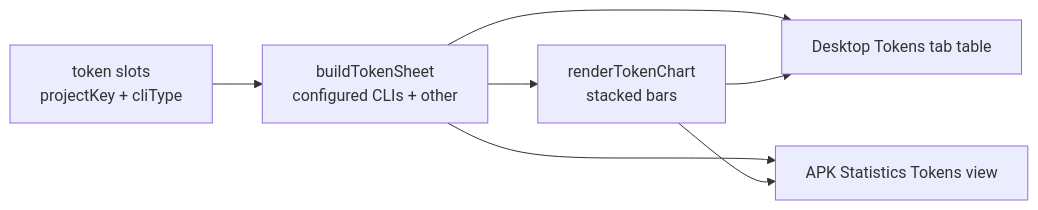
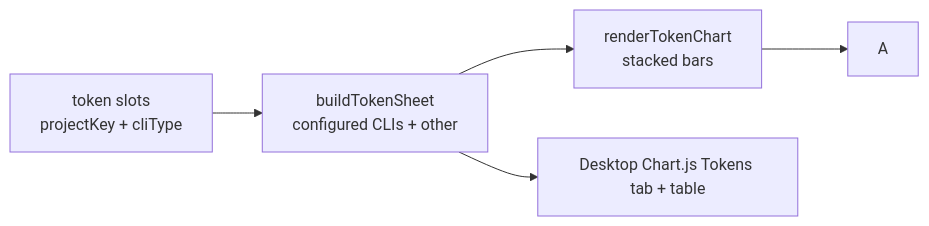
One commit to PetePeter/helm changed the third of 3 diagrams in docs/time-tracking.md. Above: the diagram before and after it, drawn with Mermaid. The commit also changed other lines of this file and 12 other files, not shown here.

Commit message:
feat(stats): render desktop statistics with Chart.js

````diff
--- a/docs/time-tracking.md
+++ b/docs/time-tracking.md
@@ -77,9 +78,7 @@
 ```mermaid
 flowchart LR
   S[token slots<br/>projectKey + cliType] --> B[buildTokenSheet<br/>configured CLIs + other]
   B --> C[renderTokenChart<br/>stacked bars]
-  B --> T[Desktop Tokens tab table]
-  C --> T
-  B --> A[APK Statistics Tokens view]
+  B --> D[Desktop Chart.js Tokens tab + table]
   C --> A
 ```
````
